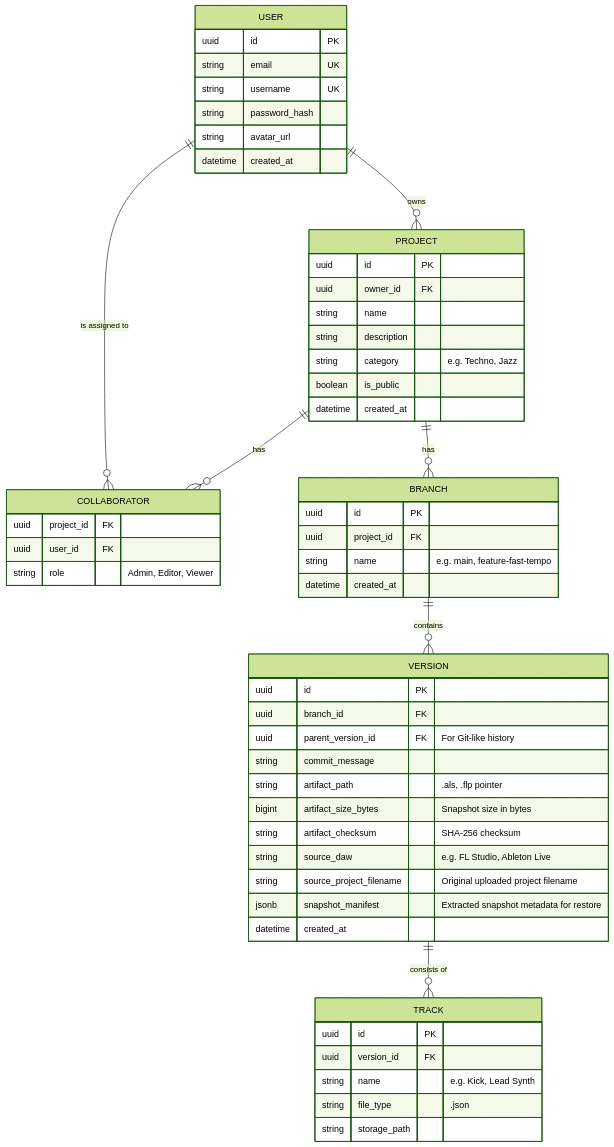
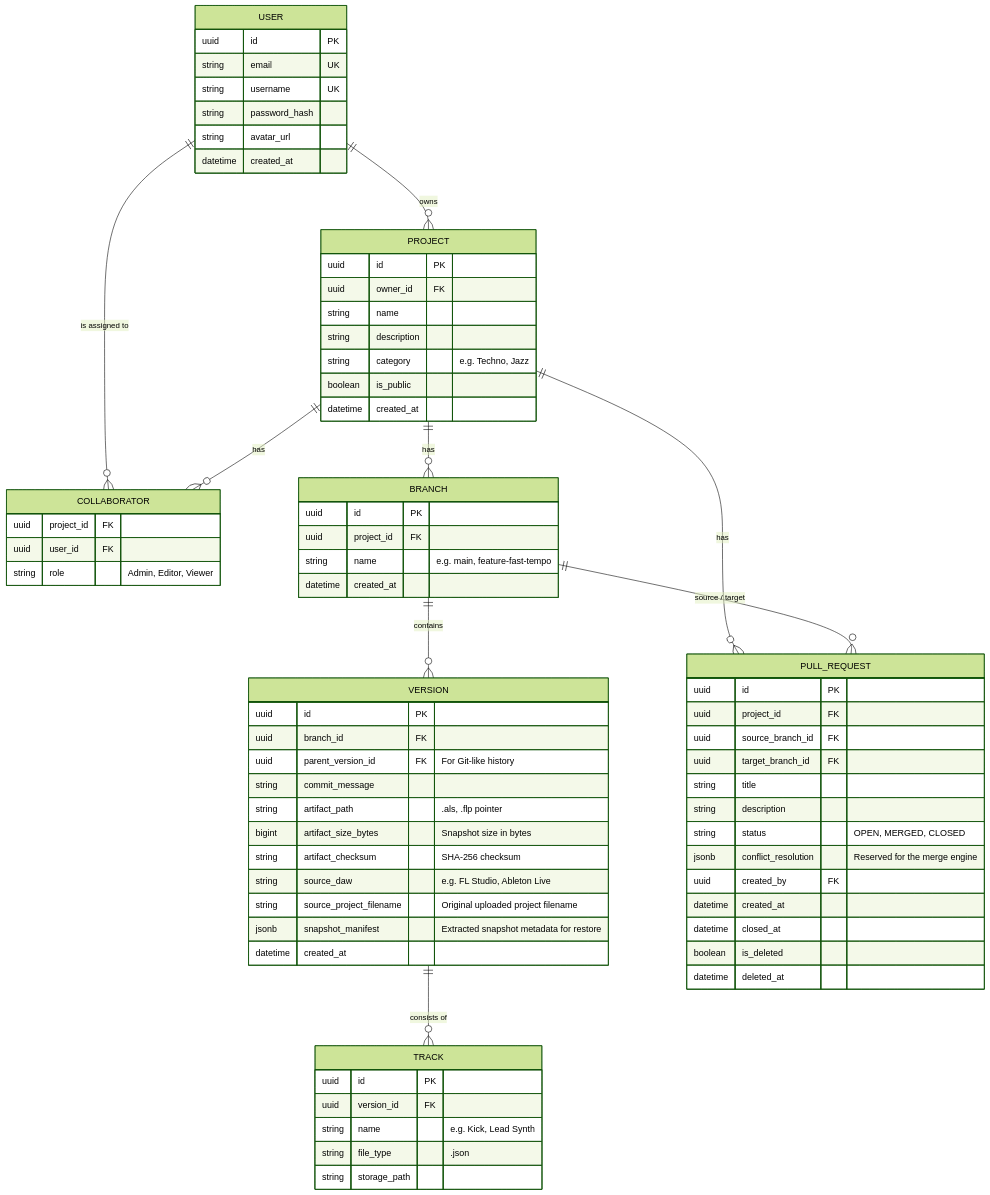
Before and after one commit to stemhub-org/Stemhub: the diagram in docs/DATA_API_MODELING.md, drawn with Mermaid (forest theme). The commit also changed other lines of this file and 2 other files, not shown here.

Commit message:
feat(backend): add pull-request lifecycle endpoints
- GET  /projects/{id}/pull-requests   list (read access)
- POST /projects/{id}/pull-requests   create (write access)
- GET  /pull-requests/{id}            get (read access)
- POST /pull-requests/{id}/close      OPEN -> CLOSED (write access)

Access control goes through routers/_project_access.py (404 on miss,
never 403). Validation on create: source == target -> 400; branch from
another project or soft-deleted -> 404 so a foreign branch id is not
confirmed to exist. Closing a non-OPEN PR -> 409: the request is
well-formed, it is the resource state that forbids the transition.
Soft-deleted PRs are excluded from list and get.

Merge (OPEN -> MERGED) is out of scope, see issue #253.

Also register the router in main.py and update the ERD and endpoint
table in docs/DATA_API_MODELING.md.

````diff
--- a/docs/DATA_API_MODELING.md
+++ b/docs/DATA_API_MODELING.md
@@ -11,63 +11,81 @@
 ```mermaid
 erDiagram
     USER ||--o{ PROJECT : owns
     USER ||--o{ COLLABORATOR : "is assigned to"
     PROJECT ||--o{ BRANCH : has
     PROJECT ||--o{ COLLABORATOR : has
     BRANCH ||--o{ VERSION : contains
     VERSION ||--o{ TRACK : "consists of"
+    PROJECT ||--o{ PULL_REQUEST : has
+    BRANCH ||--o{ PULL_REQUEST : "source / target"
     
     USER {
         uuid id PK
         string email UK
         string username UK
         string password_hash
         string avatar_url
         datetime created_at
     }
 
     PROJECT {
         uuid id PK
         uuid owner_id FK
         string name
         string description
         string category "e.g. Techno, Jazz"
         boolean is_public
         datetime created_at
     }
 
     COLLABORATOR {
         uuid project_id FK
         uuid user_id FK
         string role "Admin, Editor, Viewer"
     }
 
     BRANCH {
         uuid id PK
         uuid project_id FK
         string name "e.g. main, feature-fast-tempo"
         datetime created_at
     }
 
     VERSION {
         uuid id PK
         uuid branch_id FK
         uuid parent_version_id FK "For Git-like history"
         string commit_message
         string artifact_path ".als, .flp pointer"
         bigint artifact_size_bytes "Snapshot size in bytes"
         string artifact_checksum "SHA-256 checksum"
         string source_daw "e.g. FL Studio, Ableton Live"
         string source_project_filename "Original uploaded project filename"
         jsonb snapshot_manifest "Extracted snapshot metadata for restore"
         datetime created_at
     }
 
     TRACK {
         uuid id PK
         uuid version_id FK
         string name "e.g. Kick, Lead Synth"
         string file_type ".json"
         string storage_path
     }
+
+    PULL_REQUEST {
+        uuid id PK
+        uuid project_id FK
+        uuid source_branch_id FK
+        uuid target_branch_id FK
+        string title
+        string description
+        string status "OPEN, MERGED, CLOSED"
+        jsonb conflict_resolution "Reserved for the merge engine"
+        uuid created_by FK
+        datetime created_at
+        datetime closed_at
+        boolean is_deleted
+        datetime deleted_at
+    }
 ```
````
